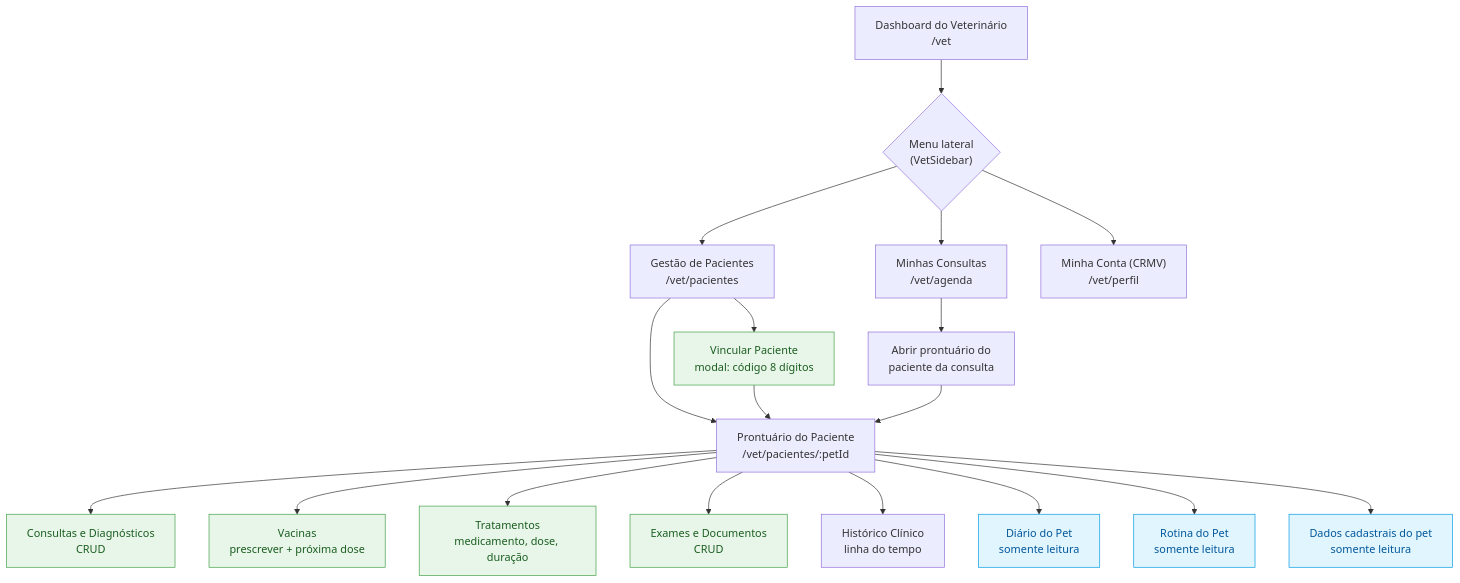
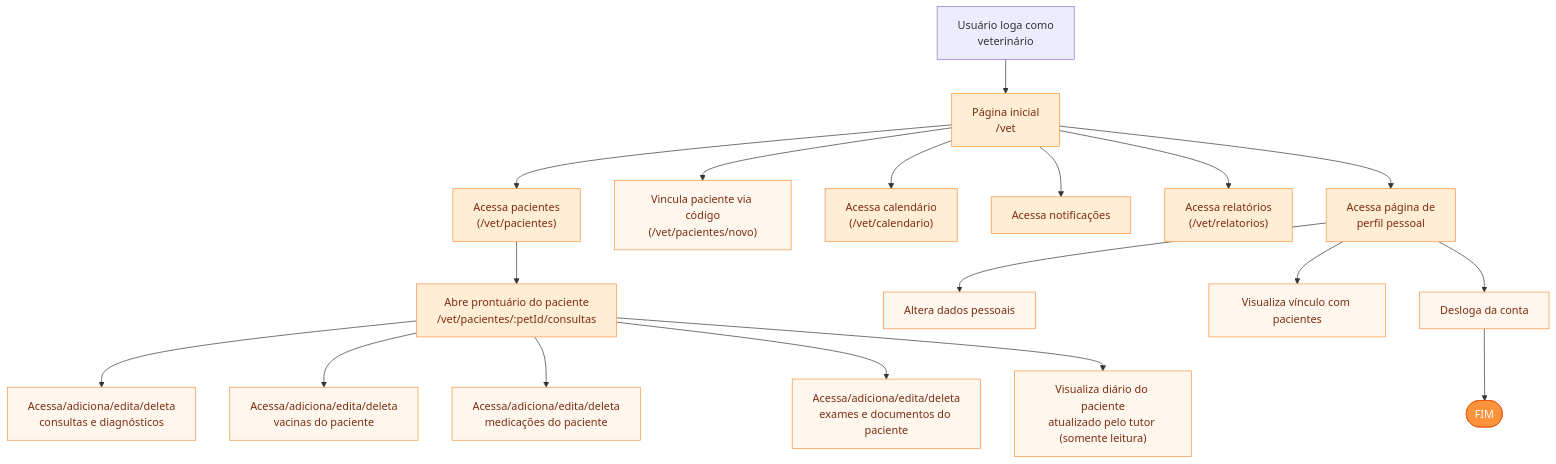
The third of 4 diagrams in docs-frontend-web-fluxo-wireframes.md (LaraPaulaSilva/petlife2copia), drawn with Mermaid before and after one commit. The commit also changed other lines of this file, not shown here.

````diff
--- a/docs-frontend-web-fluxo-wireframes.md
+++ b/docs-frontend-web-fluxo-wireframes.md
@@ -82,29 +93,31 @@
 ```mermaid
 flowchart TD
-    dashVet["Dashboard do Veterinário<br/>/vet"] --> navV{"Menu lateral<br/>(VetSidebar)"}
+    logaVet["Usuário loga como<br/>veterinário"] --> inicioV["Página inicial<br/>/vet"]
 
-    navV --> pacientes["Gestão de Pacientes<br/>/vet/pacientes"]
-    navV --> agendaV["Minhas Consultas<br/>/vet/agenda"]
-    navV --> perfilV["Minha Conta (CRMV)<br/>/vet/perfil"]
+    inicioV --> pacientes["Acessa pacientes<br/>(/vet/pacientes)"]
+    inicioV --> novoPac["Vincula paciente via código<br/>(/vet/pacientes/novo)"]
+    inicioV --> calendarioV["Acessa calendário<br/>(/vet/calendario)"]
+    inicioV --> notifV["Acessa notificações"]
+    inicioV --> relatorios["Acessa relatórios<br/>(/vet/relatorios)"]
+    inicioV --> perfilV["Acessa página de<br/>perfil pessoal"]
 
-    pacientes --> novoPac["Vincular Paciente<br/>modal: código 8 dígitos"]
-    pacientes --> prontuario["Prontuário do Paciente<br/>/vet/pacientes/:petId"]
-    novoPac --> prontuario
+    pacientes --> prontuarioV["Abre prontuário do paciente<br/>/vet/pacientes/:petId/consultas"]
 
-    prontuario --> consultasV["Consultas e Diagnósticos<br/>CRUD"]
-    prontuario --> vacinasV["Vacinas<br/>prescrever + próxima dose"]
-    prontuario --> tratV["Tratamentos<br/>medicamento, dose, duração"]
-    prontuario --> examesV["Exames e Documentos<br/>CRUD"]
-    prontuario --> histV["Histórico Clínico<br/>linha do tempo"]
-    prontuario --> diarioV["Diário do Pet<br/>somente leitura"]
-    prontuario --> rotinaV["Rotina do Pet<br/>somente leitura"]
-    prontuario --> dadosV["Dados cadastrais do pet<br/>somente leitura"]
+    prontuarioV --> consultasV["Acessa/adiciona/edita/deleta<br/>consultas e diagnósticos"]
+    prontuarioV --> vacinasV["Acessa/adiciona/edita/deleta<br/>vacinas do paciente"]
+    prontuarioV --> medsV["Acessa/adiciona/edita/deleta<br/>medicações do paciente"]
+    prontuarioV --> examesV["Acessa/adiciona/edita/deleta<br/>exames e documentos do paciente"]
+    prontuarioV --> diarioV["Visualiza diário do paciente<br/>atualizado pelo tutor (somente leitura)"]
 
-    agendaV --> abrirProntuario["Abrir prontuário do<br/>paciente da consulta"]
-    abrirProntuario --> prontuario
+    perfilV --> dadosV["Altera dados pessoais"]
+    perfilV --> vinculoV["Visualiza vínculo com pacientes"]
+    perfilV --> logoutV["Desloga da conta"]
+    logoutV --> fimV(["FIM"])
 
-    classDef leitura fill:#e1f5fe,stroke:#039be5,color:#01579b;
-    classDef escrita fill:#e8f5e9,stroke:#43a047,color:#1b5e20;
-    class diarioV,rotinaV,dadosV leitura;
-    class consultasV,vacinasV,tratV,examesV,novoPac escrita;
+    classDef vet fill:#ffedd5,stroke:#fb923c,color:#7c2d12;
+    classDef acaoV fill:#fff7ed,stroke:#fb923c,color:#7c2d12;
+    classDef inicioFimV fill:#fb923c,stroke:#ea580c,color:#ffffff;
+    class inicioV,pacientes,calendarioV,notifV,relatorios,perfilV,prontuarioV vet;
+    class novoPac,consultasV,vacinasV,medsV,examesV,diarioV,dadosV,vinculoV,logoutV acaoV;
+    class fimV inicioFimV;
 ```
````
